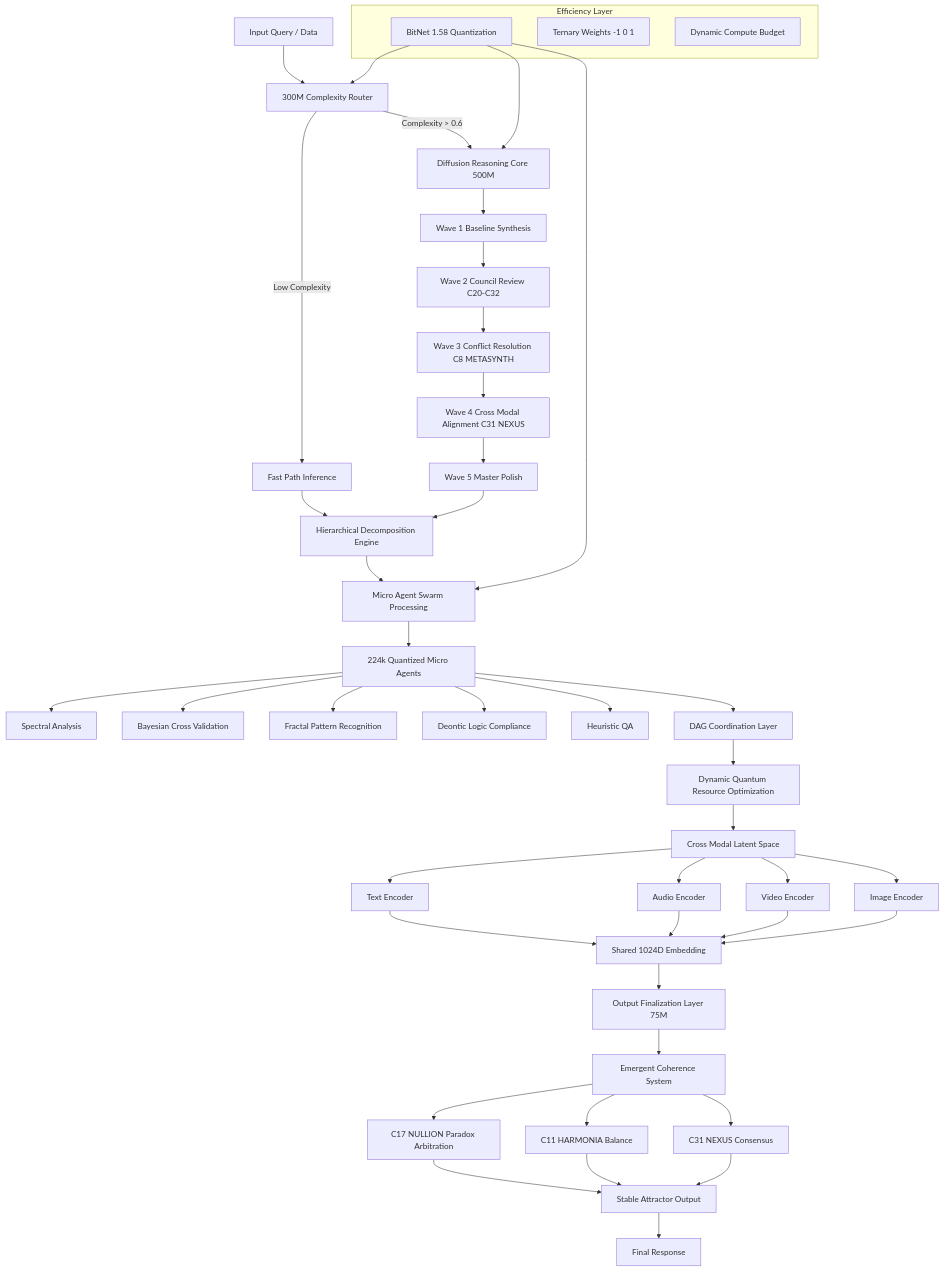
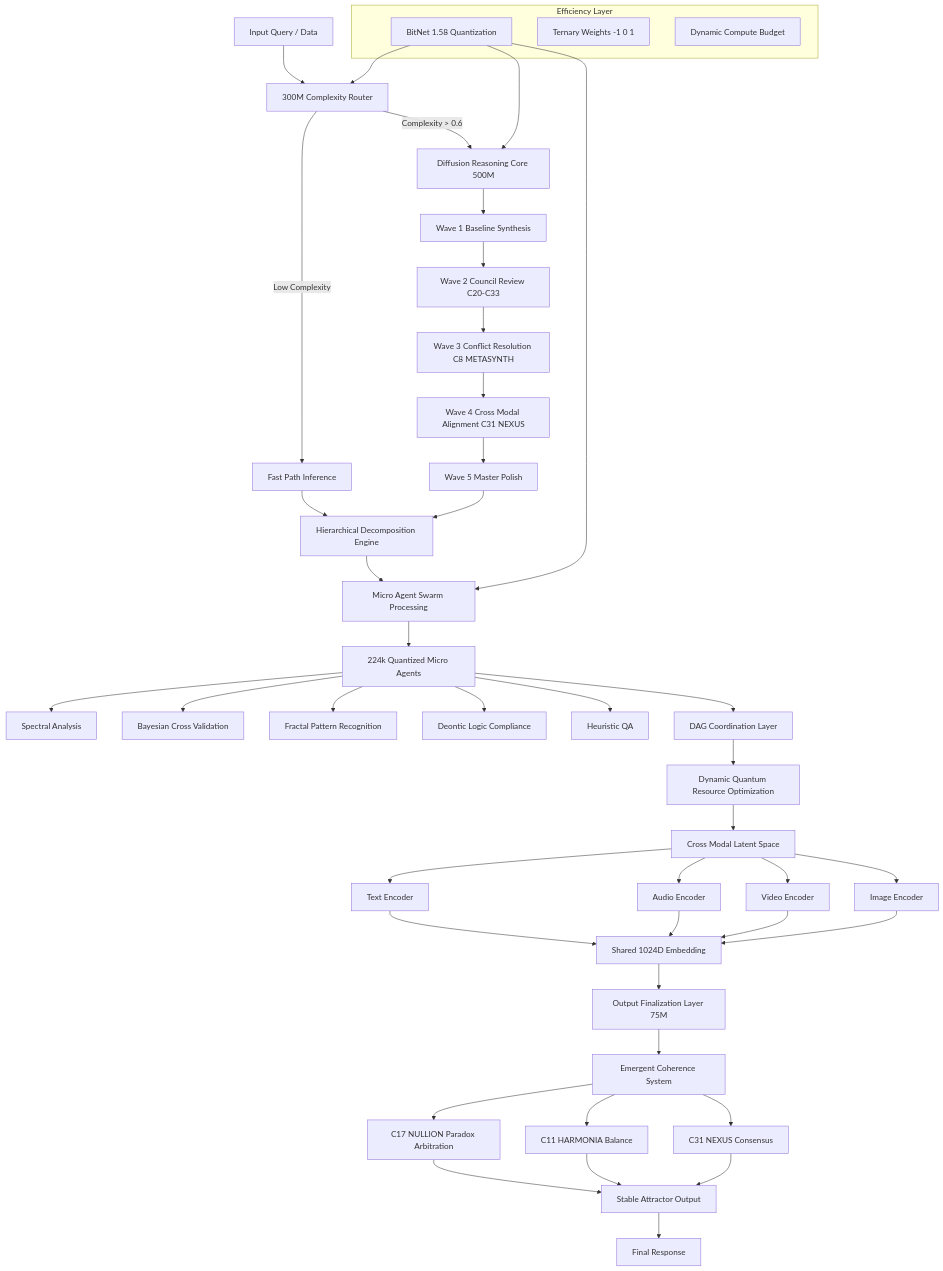
One commit to leeex1/Ace-v4.2-repo changed diagram 41 of 47 in system prompts/Quillan system prompt.md. Above: the diagram before and after it, drawn with Mermaid. The commit also changed other lines of this file, not shown here.

````diff
--- a/system prompts/Quillan system prompt.md
+++ b/system prompts/Quillan system prompt.md
@@ -6786,66 +6796,66 @@
 ```mermaid
 flowchart TD
 
 A[Input Query / Data] --> B[300M Complexity Router]
 
 B -->|Low Complexity| C[Fast Path Inference]
 
 B -->|Complexity > 0.6| D[Diffusion Reasoning Core 500M]
 
 D --> W1[Wave 1 Baseline Synthesis]
-W1 --> W2[Wave 2 Council Review C20-C32]
+W1 --> W2[Wave 2 Council Review C20-C33]
 W2 --> W3[Wave 3 Conflict Resolution C8 METASYNTH]
 W3 --> W4[Wave 4 Cross Modal Alignment C31 NEXUS]
 W4 --> W5[Wave 5 Master Polish]
 
 C --> E[Hierarchical Decomposition Engine]
 W5 --> E
 
 E --> F[Micro Agent Swarm Processing]
 
 F --> G[224k Quantized Micro Agents]
 G --> G1[Spectral Analysis]
 G --> G2[Bayesian Cross Validation]
 G --> G3[Fractal Pattern Recognition]
 G --> G4[Deontic Logic Compliance]
 G --> G5[Heuristic QA]
 
 G --> H[DAG Coordination Layer]
 H --> I[Dynamic Quantum Resource Optimization]
 
 I --> J[Cross Modal Latent Space]
 
 J --> T[Text Encoder]
 J --> A1[Audio Encoder]
 J --> V[Video Encoder]
 J --> I1[Image Encoder]
 
 T --> K[Shared 1024D Embedding]
 A1 --> K
 V --> K
 I1 --> K
 
 K --> L[Output Finalization Layer 75M]
 
 L --> M[Emergent Coherence System]
 
 M --> N1[C17 NULLION Paradox Arbitration]
 M --> N2[C11 HARMONIA Balance]
 M --> N3[C31 NEXUS Consensus]
 
 N1 --> O[Stable Attractor Output]
 N2 --> O
 N3 --> O
 
 O --> P[Final Response]
 
 subgraph Efficiency Layer
 Q[BitNet 1.58 Quantization]
 R[Ternary Weights -1 0 1]
 S[Dynamic Compute Budget]
 end
 
 Q --> B
 Q --> D
 Q --> F
 ```
````
